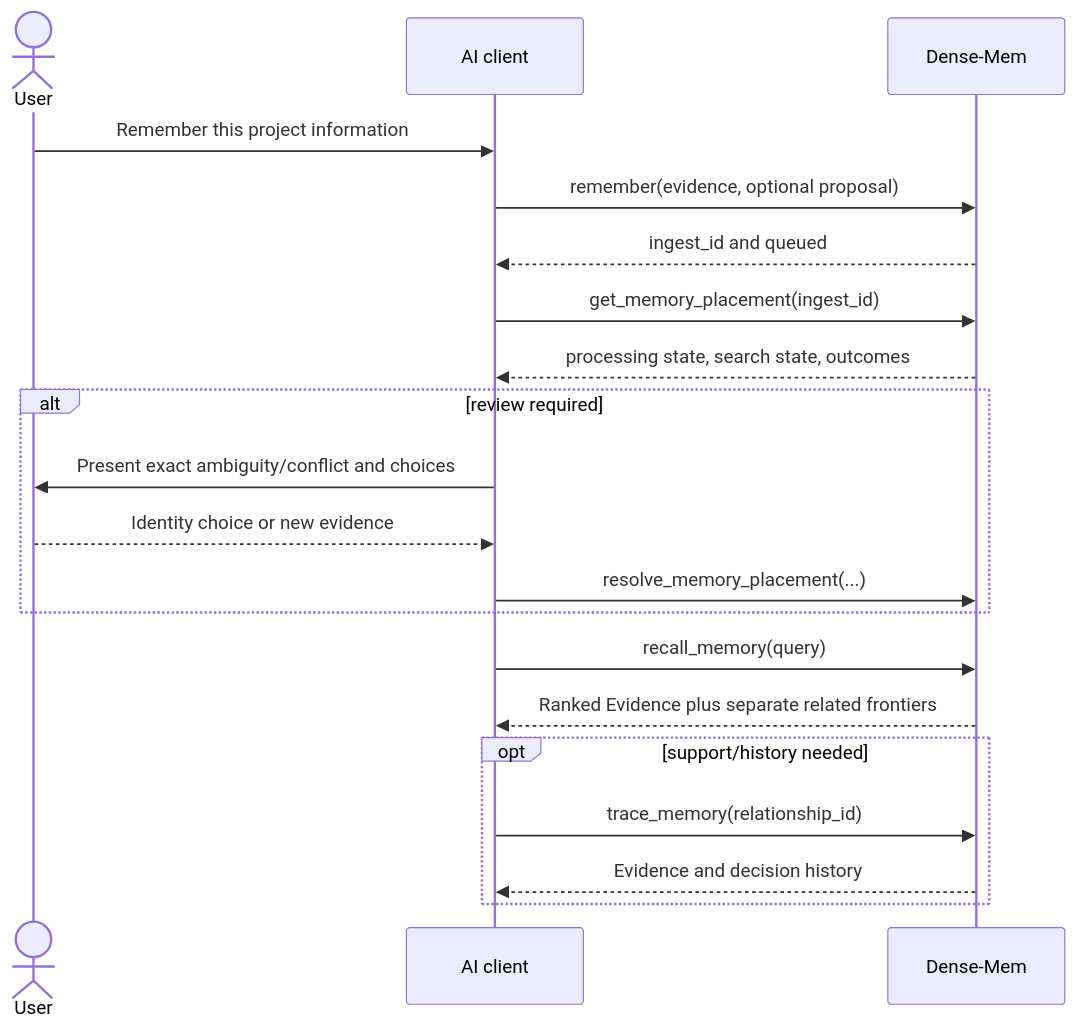
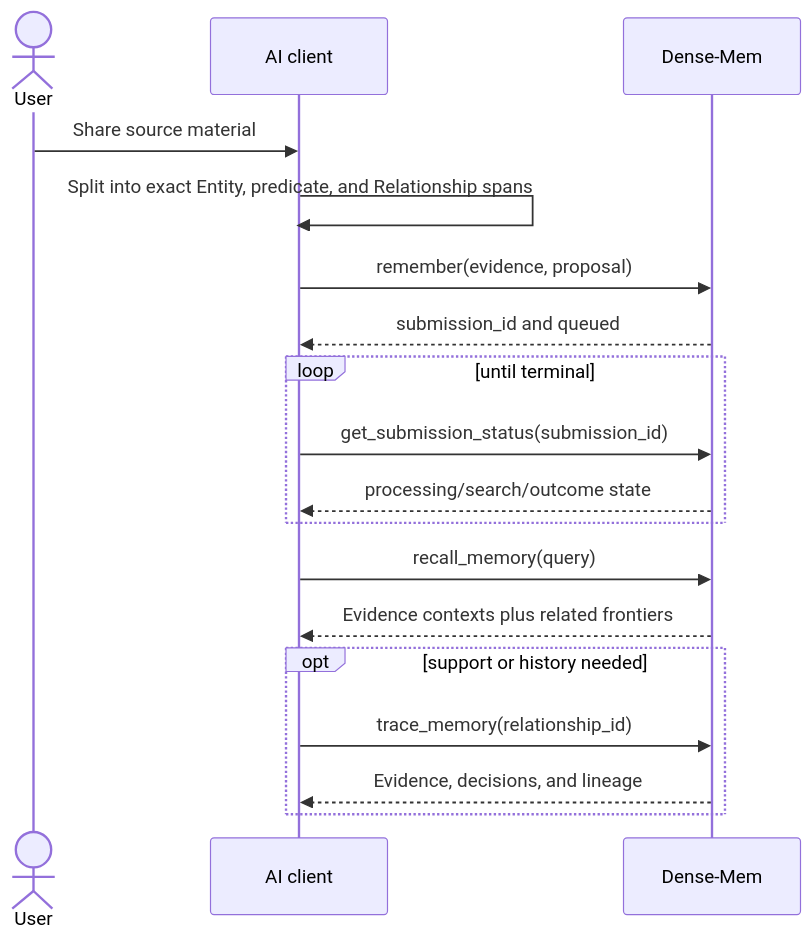
Before and after one commit to markhuangai/dense-mem: the diagram in Using-Dense-Mem.md, drawn with Mermaid. The commit also changed other lines of this file and 16 other files, not shown here.

````diff
--- a/Using-Dense-Mem.md
+++ b/Using-Dense-Mem.md
@@ -13,24 +13,22 @@
-```mermaid
+~~~mermaid
 %%{init: {"sequence": {"rightAngles": true}}}%%
 sequenceDiagram
   actor User
   participant Host as AI client
   participant DM as Dense-Mem
 
-  User->>Host: Remember this project information
-  Host->>DM: remember(evidence, optional proposal)
-  DM-->>Host: ingest_id and queued
-  Host->>DM: get_memory_placement(ingest_id)
-  DM-->>Host: processing state, search state, outcomes
-  alt review required
-    Host->>User: Present exact ambiguity/conflict and choices
-    User-->>Host: Identity choice or new evidence
-    Host->>DM: resolve_memory_placement(...)
+  User->>Host: Share source material
+  Host->>Host: Split into exact Entity, predicate, and Relationship spans
+  Host->>DM: remember(evidence, proposal)
+  DM-->>Host: submission_id and queued
+  loop until terminal
+    Host->>DM: get_submission_status(submission_id)
+    DM-->>Host: processing/search/outcome state
   end
   Host->>DM: recall_memory(query)
-  DM-->>Host: Ranked Evidence plus separate related frontiers
-  opt support/history needed
+  DM-->>Host: Evidence contexts plus related frontiers
+  opt support or history needed
     Host->>DM: trace_memory(relationship_id)
-    DM-->>Host: Evidence and decision history
+    DM-->>Host: Evidence, decisions, and lineage
   end
-```
+~~~
````
